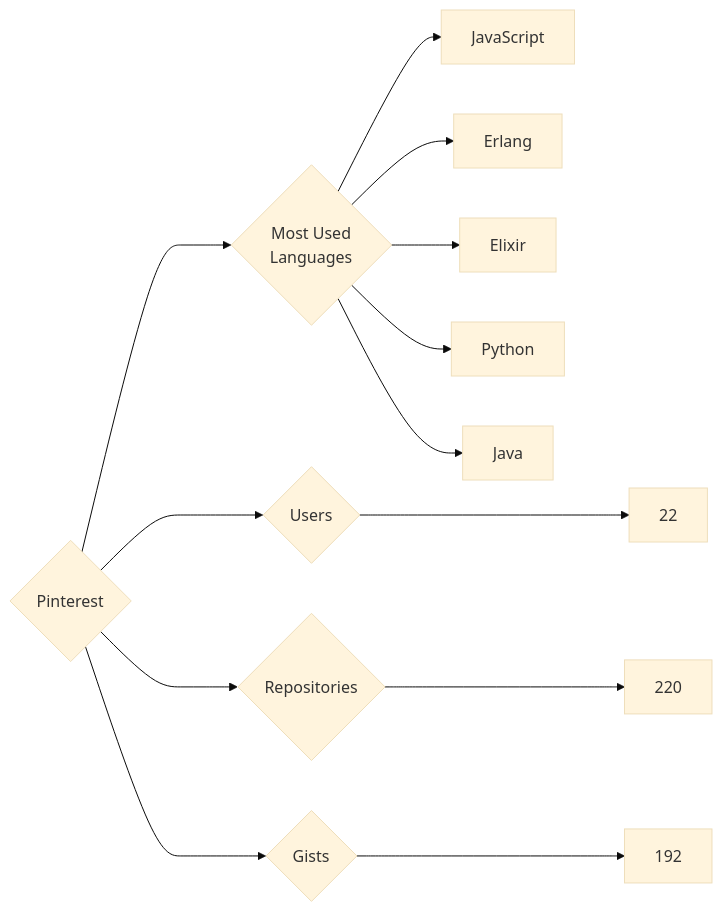
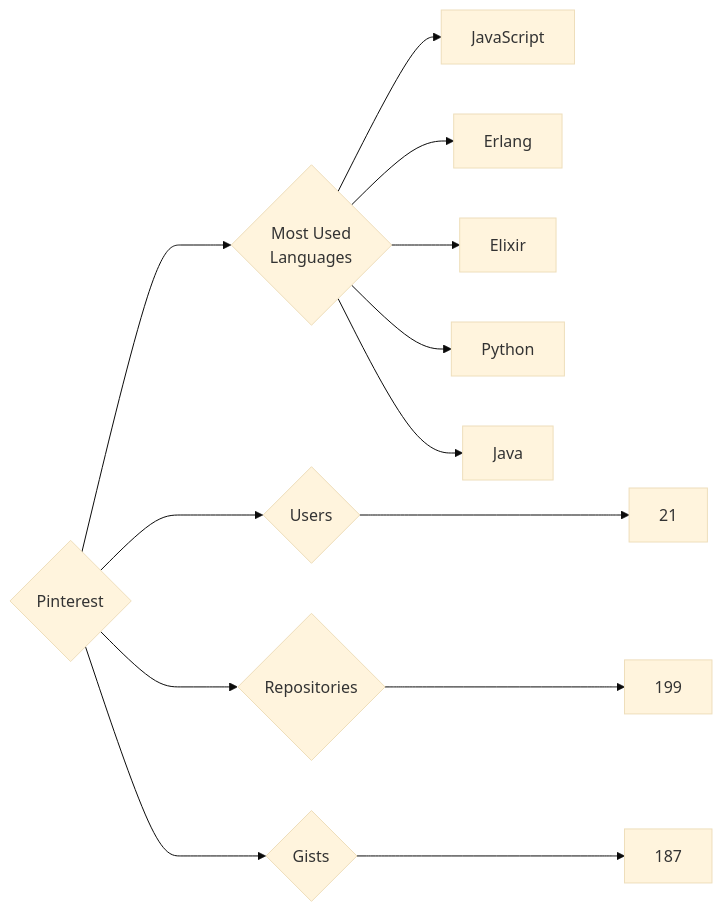
One commit to trickest/insiders changed the diagram in targets/Pinterest/README.md. Above: the diagram before and after it, drawn with Mermaid (base theme). The commit also changed 1484 other files, not shown here.

````diff
--- a/targets/Pinterest/README.md
+++ b/targets/Pinterest/README.md
@@ -3,13 +3,13 @@
 ```mermaid
 graph LR
 COMPANY_NAME{Pinterest}
-COMPANY_NAME ---> U{Users} ---> UN[22]
-COMPANY_NAME ---> R{Repositories} ---> RN[220]
-COMPANY_NAME ---> G{Gists} ---> GN[192]
+COMPANY_NAME ---> U{Users} ---> UN[21]
+COMPANY_NAME ---> R{Repositories} ---> RN[199]
+COMPANY_NAME ---> G{Gists} ---> GN[187]
 COMPANY_NAME ---> ML{Most Used<br>Languages}
 ML --> JavaScript[JavaScript]
 ML --> Erlang[Erlang]
 ML --> Elixir[Elixir]
 ML --> Python[Python]
 ML --> Java[Java]
 ```
````
